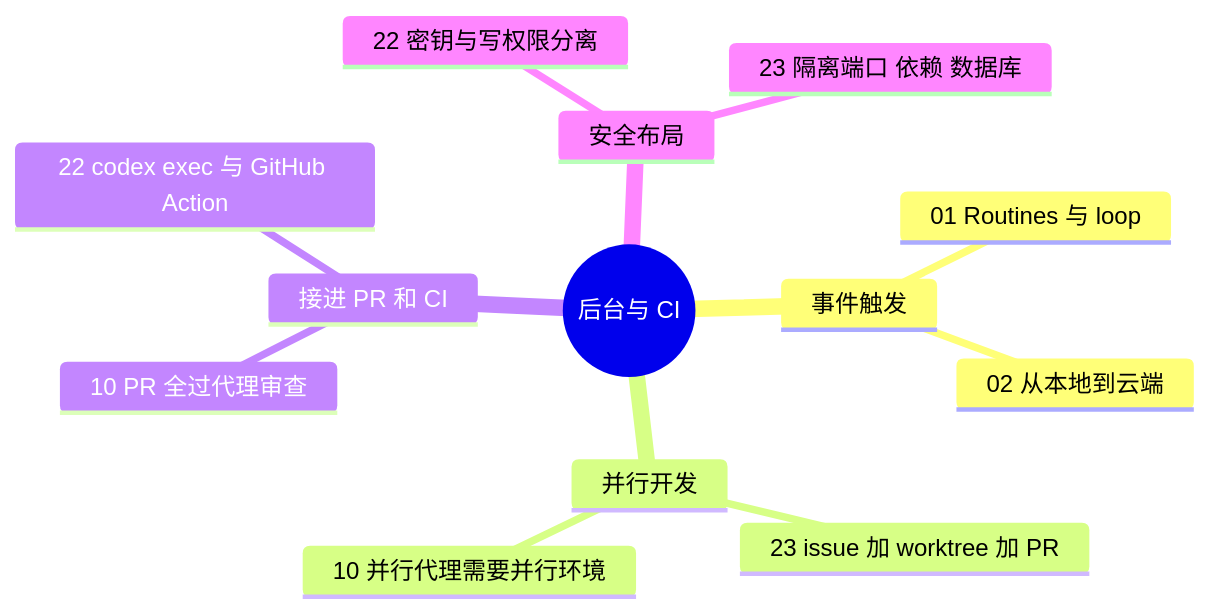
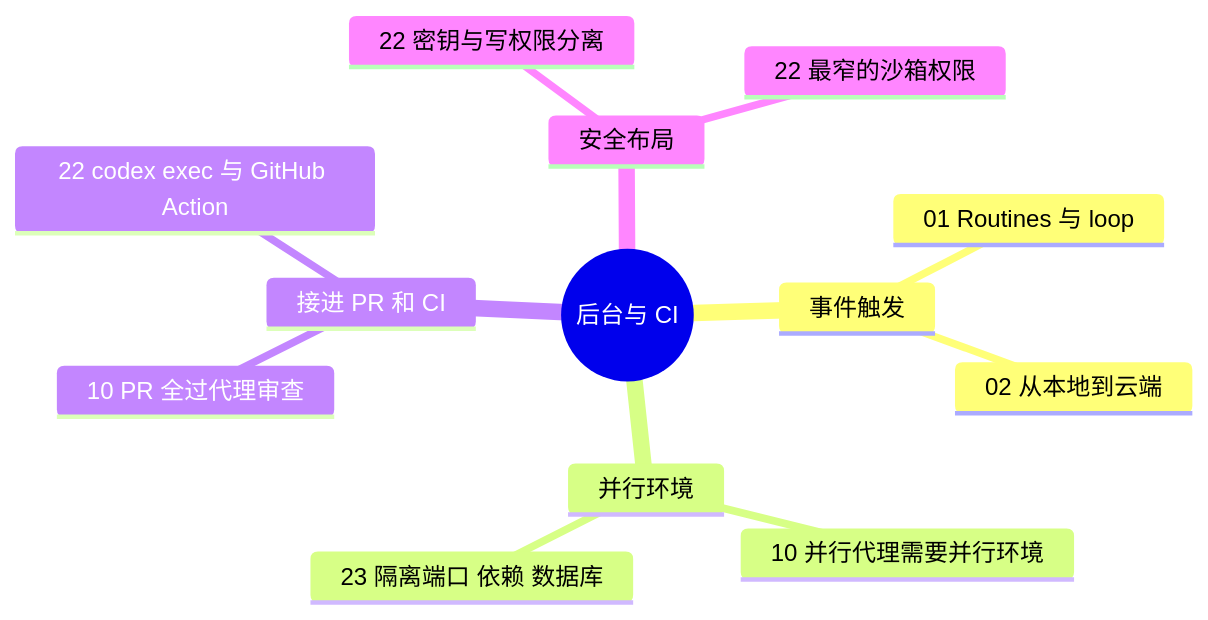
Before and after one commit to yzw7489757/ai-coding-videos: the diagram in docs/guide/automation.md, drawn with Mermaid. The commit also changed other lines of this file and 46 other files, not shown here.

````diff
--- a/docs/guide/automation.md
+++ b/docs/guide/automation.md
@@ -13,16 +13,16 @@
 ```mermaid
 mindmap
   root((后台与 CI))
     事件触发
       01 Routines 与 loop
       02 从本地到云端
-    并行开发
-      23 issue 加 worktree 加 PR
+    并行环境
       10 并行代理需要并行环境
+      23 隔离端口 依赖 数据库
     接进 PR 和 CI
       10 PR 全过代理审查
       22 codex exec 与 GitHub Action
     安全布局
       22 密钥与写权限分离
-      23 隔离端口 依赖 数据库
+      22 最窄的沙箱权限
 ```
````
